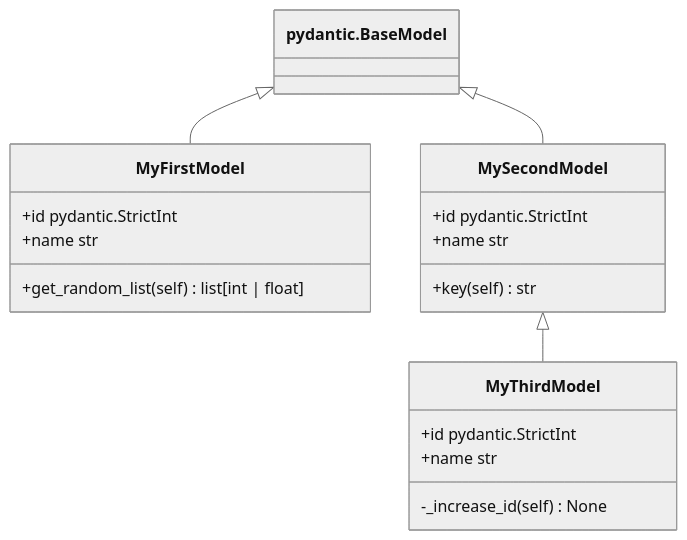
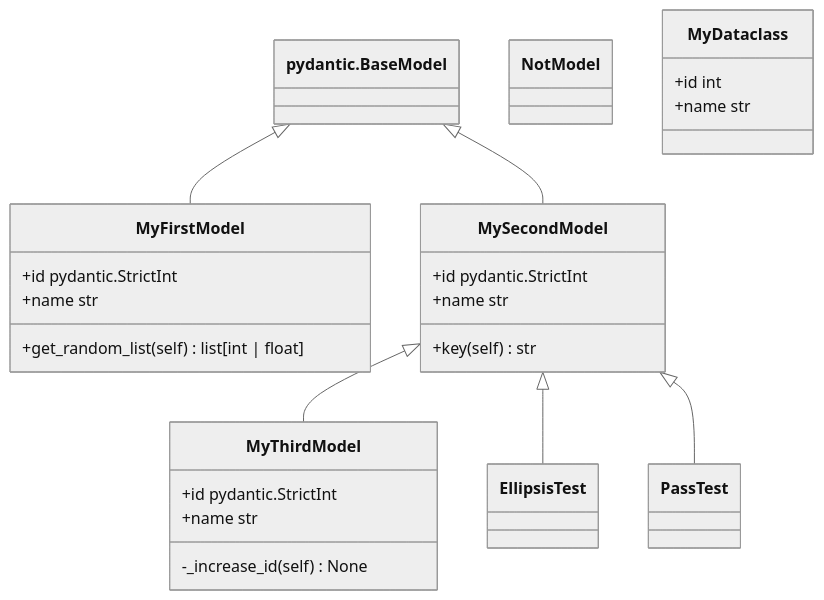
The diagram in examples/test.mmd (rdghosal/nereus), drawn with Mermaid (neutral theme) before and after one commit. The commit also changed 2 other files, not shown here.

Commit message:
refactor: remove refs to pydantic

```diff
--- a/examples/test.mmd
+++ b/examples/test.mmd
@@ -1,20 +1,31 @@
 classDiagram
-    class `pydantic.BaseModel`
-    `pydantic.BaseModel` <|-- MyFirstModel
     class MyFirstModel{
         +id pydantic.StrictInt
         +name str
         +get_random_list(self) list[int | float]
     }
-    `pydantic.BaseModel` <|-- MySecondModel
+    `pydantic.BaseModel` <|-- MyFirstModel
+    class NotModel{
+    }
+    class MyThirdModel{
+        +id pydantic.StrictInt
+        +name str
+        -_increase_id(self) None
+    }
+    `MySecondModel` <|-- MyThirdModel
     class MySecondModel{
         +id pydantic.StrictInt
         +name str
         +key(self) str
     }
-    MySecondModel <|-- MyThirdModel
-    class MyThirdModel{
-        +id pydantic.StrictInt
+    `pydantic.BaseModel` <|-- MySecondModel
+    class MyDataclass{
+        +id int
         +name str
-        -_increase_id(self) None
     }
+    class EllipsisTest{
+    }
+    `MySecondModel` <|-- EllipsisTest
+    class PassTest{
+    }
+    `MySecondModel` <|-- PassTest
```
